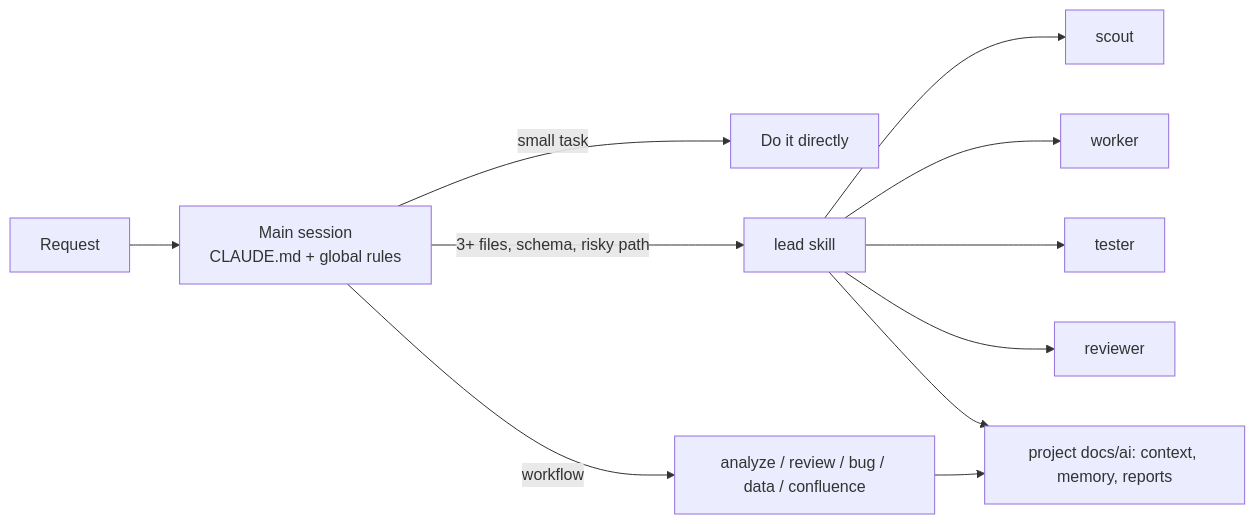
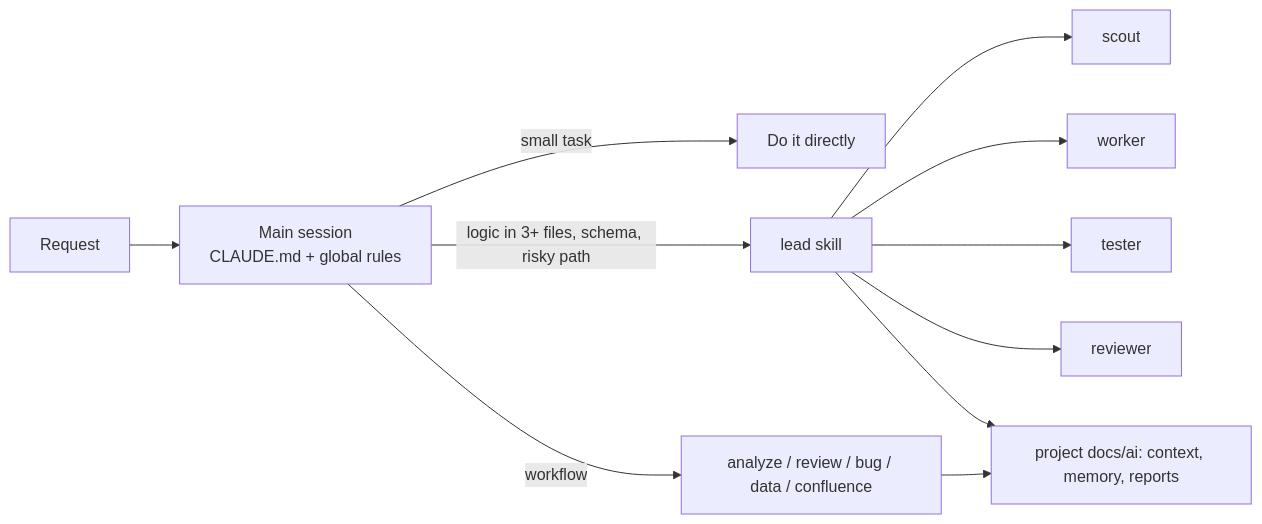
Before and after one commit to GociuRadu/AI-Setup: the diagram in README.md, drawn with Mermaid. The commit also changed 20 other files, not shown here.

````diff
--- a/README.md
+++ b/README.md
@@ -12,9 +12,9 @@
 ```mermaid
 flowchart LR
   U[Request] --> M[Main session<br/>CLAUDE.md + global rules]
   M -->|small task| D[Do it directly]
-  M -->|3+ files, schema, risky path| L[lead skill]
+  M -->|logic in 3+ files, schema, risky path| L[lead skill]
   M -->|workflow| S[analyze / review / bug / data / confluence]
   L --> SC[scout] & W[worker] & T[tester] & R[reviewer]
   S & L --> P[project docs/ai: context, memory, reports]
 ```
````
